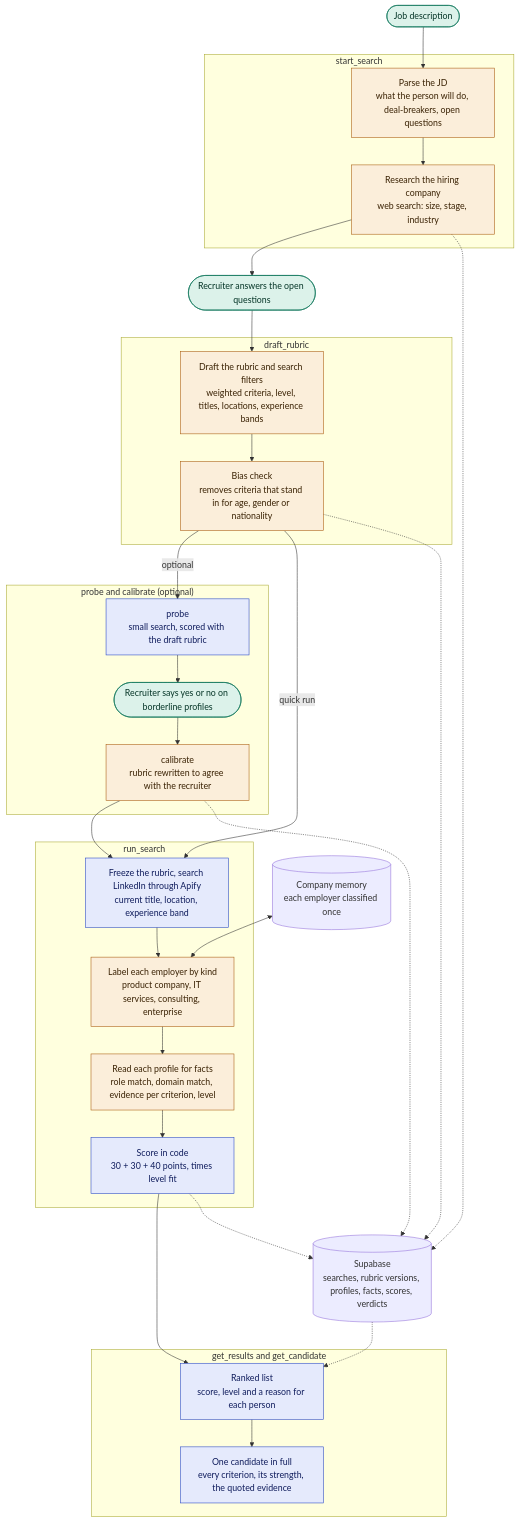
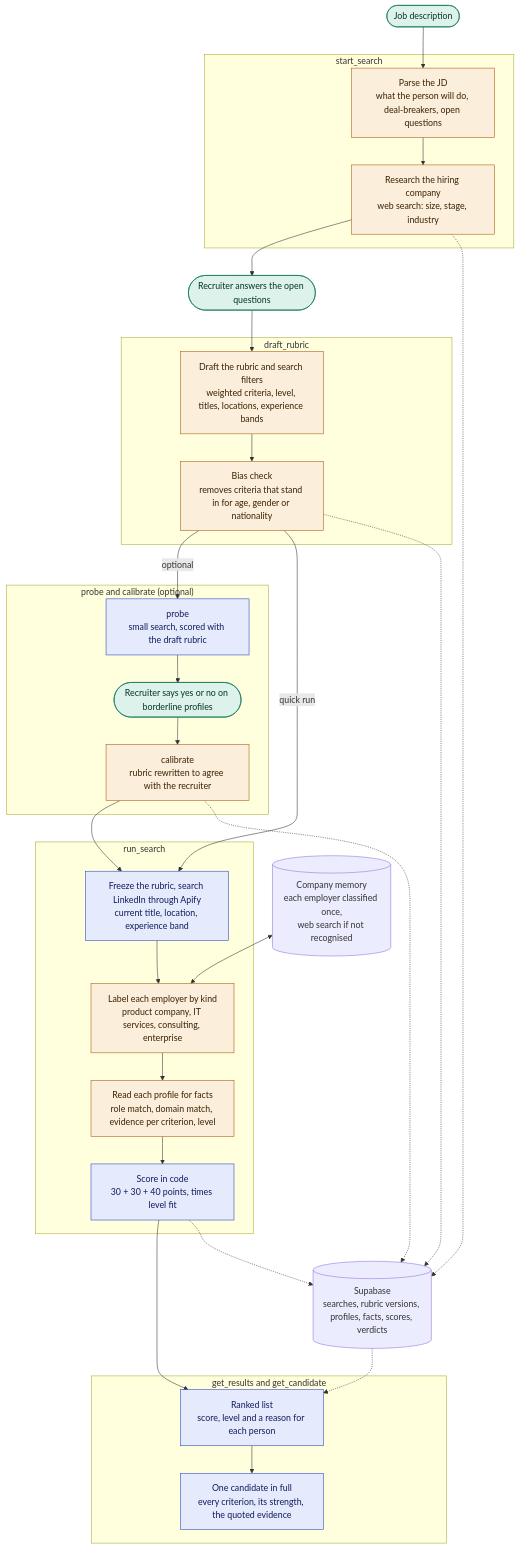
Before and after one commit to devwatts/talent-finder: the diagram in README.md, drawn with Mermaid. The commit also changed other lines of this file and 4 other files, not shown here.

Commit message:
Search the web for employers the model does not recognise

````diff
--- a/README.md
+++ b/README.md
@@ -9,59 +9,59 @@
 ```mermaid
 flowchart TD
     jd(["Job description"]):::you --> parse
 
     subgraph s1["start_search"]
         parse["Parse the JD<br/>what the person will do, deal-breakers, open questions"]:::model
         company["Research the hiring company<br/>web search: size, stage, industry"]:::model
         parse --> company
     end
 
     company --> answers(["Recruiter answers the open questions"]):::you
     answers --> rubric
 
     subgraph s2["draft_rubric"]
         rubric["Draft the rubric and search filters<br/>weighted criteria, level, titles, locations, experience bands"]:::model
         bias["Bias check<br/>removes criteria that stand in for age, gender or nationality"]:::model
         rubric --> bias
     end
 
     bias -->|optional| probe
     bias -->|quick run| freeze
 
     subgraph s3["probe and calibrate (optional)"]
         probe["probe<br/>small search, scored with the draft rubric"]:::code
         verdicts(["Recruiter says yes or no on borderline profiles"]):::you
         revise["calibrate<br/>rubric rewritten to agree with the recruiter"]:::model
         probe --> verdicts --> revise
     end
 
     revise --> freeze
 
     subgraph s4["run_search"]
         freeze["Freeze the rubric, search LinkedIn through Apify<br/>current title, location, experience band"]:::code
         kinds["Label each employer by kind<br/>product company, IT services, consulting, enterprise"]:::model
         facts["Read each profile for facts<br/>role match, domain match, evidence per criterion, level"]:::model
         score["Score in code<br/>30 + 30 + 40 points, times level fit"]:::code
         freeze --> kinds --> facts --> score
     end
 
-    memory[("Company memory<br/>each employer classified once")] <--> kinds
+    memory[("Company memory<br/>each employer classified once,<br/>web search if not recognised")] <--> kinds
     score --> results
 
     subgraph s5["get_results and get_candidate"]
         results["Ranked list<br/>score, level and a reason for each person"]:::code
         detail["One candidate in full<br/>every criterion, its strength, the quoted evidence"]:::code
         results --> detail
     end
 
     store[("Supabase<br/>searches, rubric versions, profiles, facts, scores, verdicts")]
     company -.-> store
     bias -.-> store
     revise -.-> store
     score -.-> store
     store -.-> results
 
     classDef model fill:#fbeeda,stroke:#a85a0b,color:#3a2204
     classDef code fill:#e5eafc,stroke:#2443c4,color:#0f1c5c
     classDef you fill:#dcf2ea,stroke:#0b7559,color:#053527
 ```
````
